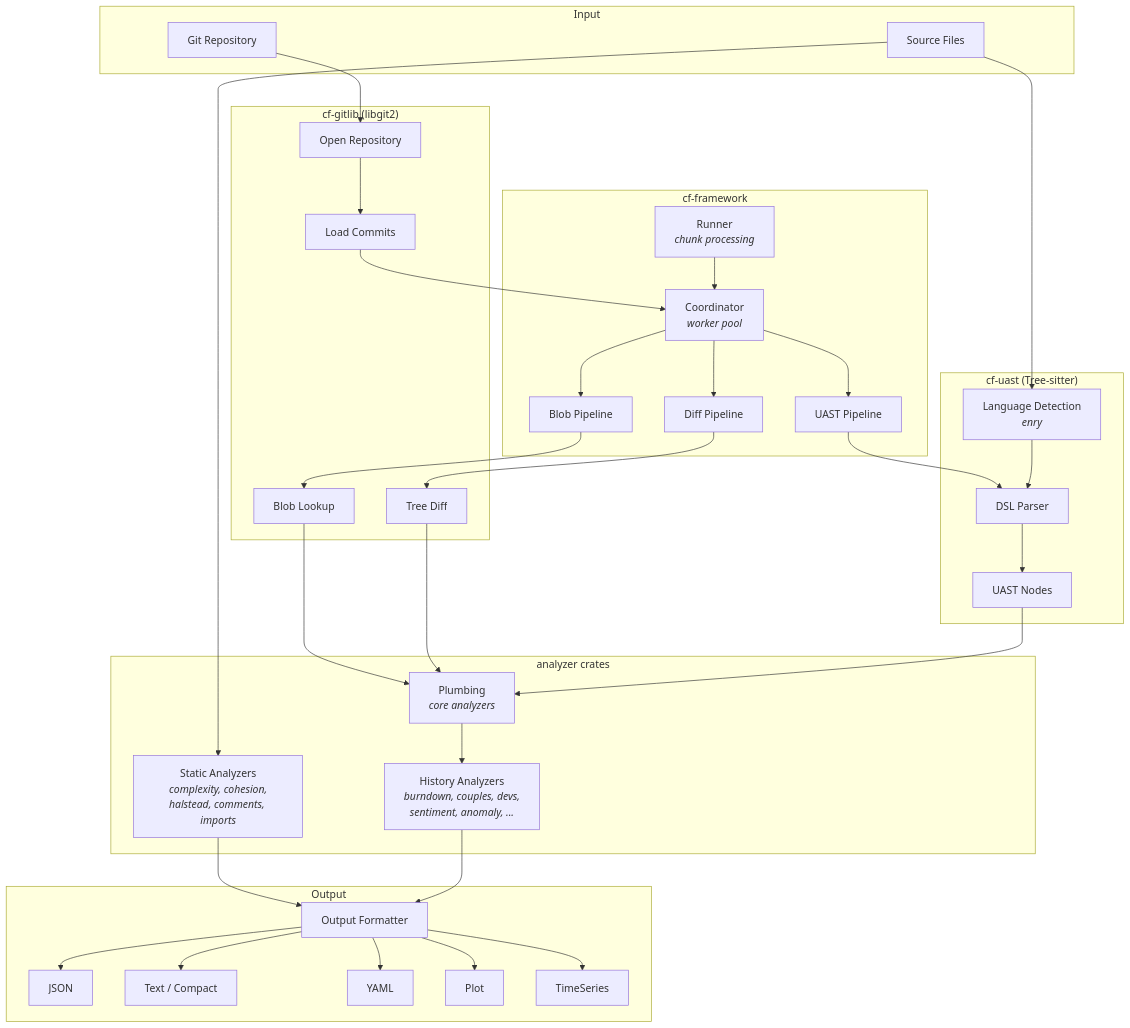
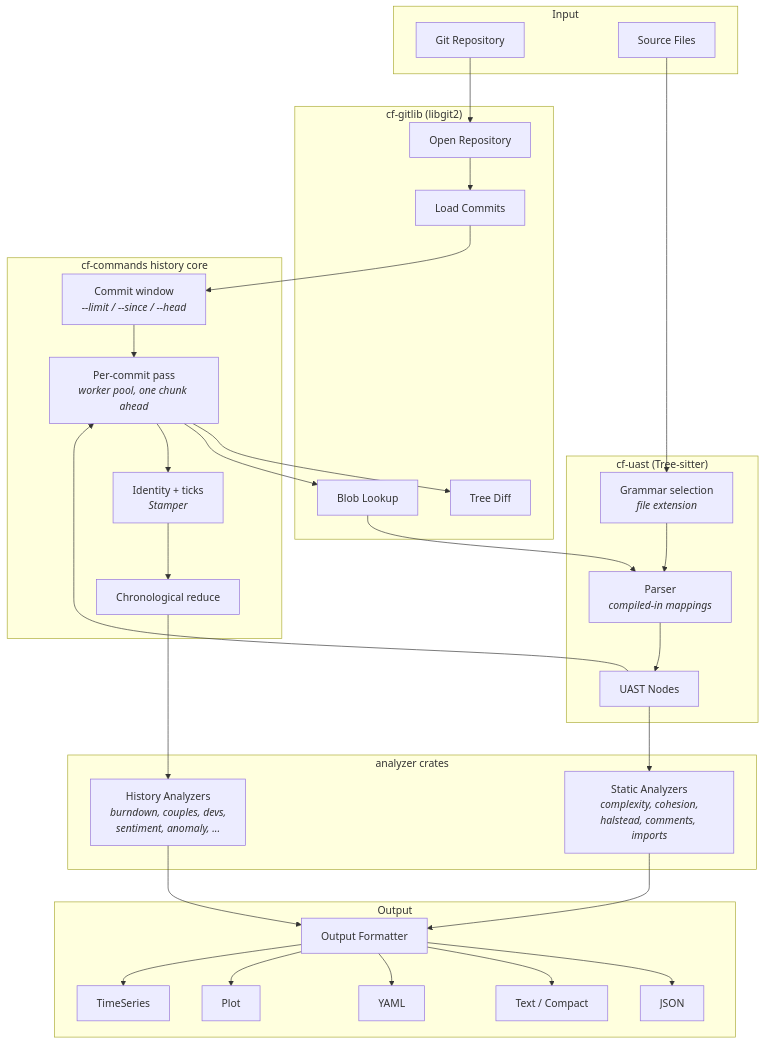
The first of 2 diagrams in site/architecture/overview.md (Sumatoshi-tech/codefang), drawn with Mermaid before and after one commit. The commit also changed other lines of this file and 647 other files, not shown here.

First line of the commit message:
feat(history): bounded-memory history core, parallel burndown, UAST spill, codefang mcp (#29)

````diff
--- a/site/architecture/overview.md
+++ b/site/architecture/overview.md
@@ -121,67 +131,58 @@
 ```mermaid
 flowchart TD
     subgraph Input
         REPO[Git Repository]
         SRC[Source Files]
     end
 
     subgraph gitlib["cf-gitlib (libgit2)"]
         OPEN[Open Repository]
         COMMITS[Load Commits]
         TREEDIFF[Tree Diff]
         BLOBS[Blob Lookup]
     end
 
     subgraph uast_engine["cf-uast (Tree-sitter)"]
-        DETECT[Language Detection<br/><em>enry</em>]
-        PARSE[DSL Parser]
+        DETECT[Grammar selection<br/><em>file extension</em>]
+        PARSE[Parser<br/><em>compiled-in mappings</em>]
         NODES[UAST Nodes]
     end
 
-    subgraph framework["cf-framework"]
-        COORD[Coordinator<br/><em>worker pool</em>]
-        BLOB_PIPE[Blob Pipeline]
-        DIFF_PIPE[Diff Pipeline]
-        UAST_PIPE[UAST Pipeline]
-        RUNNER[Runner<br/><em>chunk processing</em>]
+    subgraph core["cf-commands history core"]
+        WINDOW[Commit window<br/><em>--limit / --since / --head</em>]
+        PREP[Per-commit pass<br/><em>worker pool, one chunk ahead</em>]
+        STAMP[Identity + ticks<br/><em>Stamper</em>]
+        REDUCE[Chronological reduce]
     end
 
     subgraph analyzers["analyzer crates"]
-        PLUMB[Plumbing<br/><em>core analyzers</em>]
         STATIC[Static Analyzers<br/><em>complexity, cohesion,<br/>halstead, comments, imports</em>]
         HISTORY[History Analyzers<br/><em>burndown, couples, devs,<br/>sentiment, anomaly, ...</em>]
     end
 
     subgraph output["Output"]
         FORMAT[Output Formatter]
         JSON_OUT[JSON]
         TEXT_OUT[Text / Compact]
         YAML_OUT[YAML]
         PLOT_OUT[Plot]
         TS_OUT[TimeSeries]
     end
 
-    REPO --> OPEN --> COMMITS
-    COMMITS --> COORD
-    COORD --> BLOB_PIPE --> BLOBS
-    COORD --> DIFF_PIPE --> TREEDIFF
-    COORD --> UAST_PIPE --> PARSE
+    REPO --> OPEN --> COMMITS --> WINDOW --> PREP
+    PREP --> TREEDIFF
+    PREP --> BLOBS
+    BLOBS --> PARSE
     SRC --> DETECT --> PARSE --> NODES
-
-    BLOBS --> PLUMB
-    TREEDIFF --> PLUMB
-    NODES --> PLUMB
-
-    PLUMB --> HISTORY
-    SRC --> STATIC
-
-    RUNNER --> COORD
+    NODES --> PREP
+    PREP --> STAMP --> REDUCE --> HISTORY
+    NODES --> STATIC
 
     STATIC --> FORMAT
     HISTORY --> FORMAT
     FORMAT --> JSON_OUT
     FORMAT --> TEXT_OUT
     FORMAT --> YAML_OUT
     FORMAT --> PLOT_OUT
     FORMAT --> TS_OUT
 ```
````
